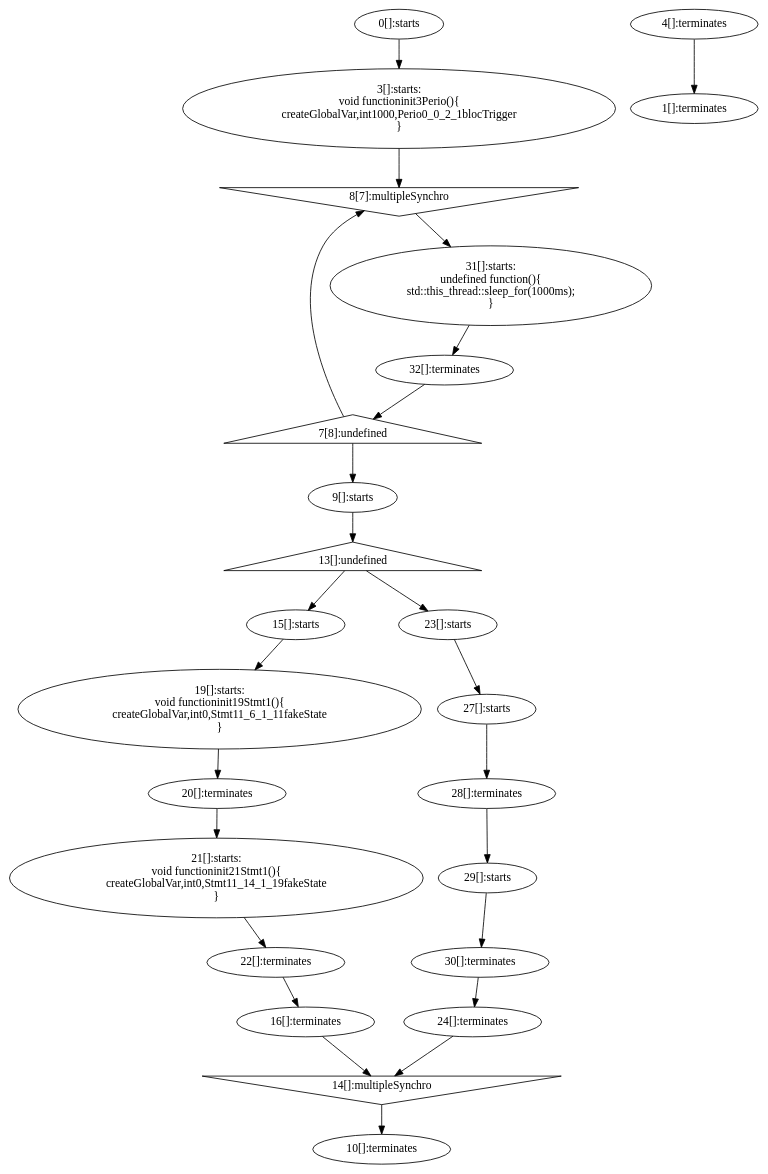
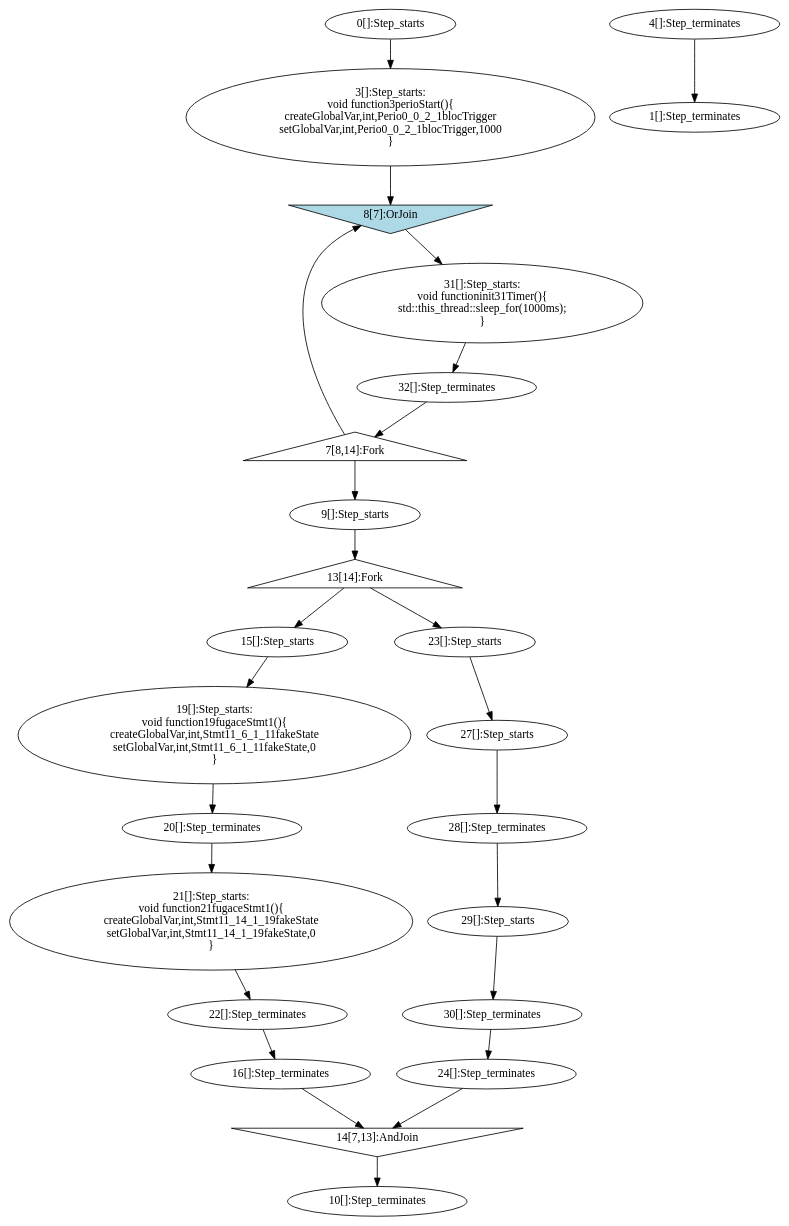
One commit to jdeantoni/TCOS.lang changed the diagram in examples/programs/generated/test1.dot. Above: the diagram before and after it, drawn with Graphviz. The commit also changed 19 other files, not shown here.

```diff
--- a/examples/programs/generated/test1.dot
+++ b/examples/programs/generated/test1.dot
@@ -1,62 +1,65 @@
 digraph G {
-  "0" [label="0[]:starts" shape="ellipse" ];
-  "1" [label="1[]:terminates" shape="ellipse" ];
-  "3" [label="3[]:starts:
-void functioninit3Perio(){
-createGlobalVar,int1000,Perio0_0_2_1blocTrigger
+  "0" [label="0[]:Step_starts" shape="ellipse" ];
+  "1" [label="1[]:Step_terminates" shape="ellipse" ];
+  "3" [label="3[]:Step_starts:
+void function3perioStart(){
+createGlobalVar,int,Perio0_0_2_1blocTrigger
+setGlobalVar,int,Perio0_0_2_1blocTrigger,1000
 }" shape="ellipse" ];
-  "4" [label="4[]:terminates" shape="ellipse" ];
-  "7" [label="7[8]:undefined" shape="triangle" ];
-  "8" [label="8[7]:multipleSynchro" shape="invtriangle" ];
-  "31" [label="31[]:starts:
-undefined function(){
+  "4" [label="4[]:Step_terminates" shape="ellipse" ];
+  "7" [label="7[8,14]:Fork" shape="triangle" ];
+  "8" [label="8[7]:OrJoin" shape="invtriangle" style="filled" fillcolor="lightblue"];
+  "31" [label="31[]:Step_starts:
+void functioninit31Timer(){
 std::this_thread::sleep_for(1000ms);
 }" shape="ellipse" ];
-  "32" [label="32[]:terminates" shape="ellipse" ];
-  "9" [label="9[]:starts" shape="ellipse" ];
-  "10" [label="10[]:terminates" shape="ellipse" ];
-  "13" [label="13[]:undefined" shape="triangle" ];
-  "14" [label="14[]:multipleSynchro" shape="invtriangle" ];
-  "15" [label="15[]:starts" shape="ellipse" ];
-  "16" [label="16[]:terminates" shape="ellipse" ];
-  "23" [label="23[]:starts" shape="ellipse" ];
-  "24" [label="24[]:terminates" shape="ellipse" ];
-  "19" [label="19[]:starts:
-void functioninit19Stmt1(){
-createGlobalVar,int0,Stmt11_6_1_11fakeState
+  "32" [label="32[]:Step_terminates" shape="ellipse" ];
+  "9" [label="9[]:Step_starts" shape="ellipse" ];
+  "10" [label="10[]:Step_terminates" shape="ellipse" ];
+  "13" [label="13[14]:Fork" shape="triangle" ];
+  "14" [label="14[7,13]:AndJoin" shape="invtriangle" ];
+  "15" [label="15[]:Step_starts" shape="ellipse" ];
+  "16" [label="16[]:Step_terminates" shape="ellipse" ];
+  "23" [label="23[]:Step_starts" shape="ellipse" ];
+  "24" [label="24[]:Step_terminates" shape="ellipse" ];
+  "19" [label="19[]:Step_starts:
+void function19fugaceStmt1(){
+createGlobalVar,int,Stmt11_6_1_11fakeState
+setGlobalVar,int,Stmt11_6_1_11fakeState,0
 }" shape="ellipse" ];
-  "20" [label="20[]:terminates" shape="ellipse" ];
-  "21" [label="21[]:starts:
-void functioninit21Stmt1(){
-createGlobalVar,int0,Stmt11_14_1_19fakeState
+  "20" [label="20[]:Step_terminates" shape="ellipse" ];
+  "21" [label="21[]:Step_starts:
+void function21fugaceStmt1(){
+createGlobalVar,int,Stmt11_14_1_19fakeState
+setGlobalVar,int,Stmt11_14_1_19fakeState,0
 }" shape="ellipse" ];
-  "22" [label="22[]:terminates" shape="ellipse" ];
-  "27" [label="27[]:starts" shape="ellipse" ];
-  "28" [label="28[]:terminates" shape="ellipse" ];
-  "29" [label="29[]:starts" shape="ellipse" ];
-  "30" [label="30[]:terminates" shape="ellipse" ];
+  "22" [label="22[]:Step_terminates" shape="ellipse" ];
+  "27" [label="27[]:Step_starts" shape="ellipse" ];
+  "28" [label="28[]:Step_terminates" shape="ellipse" ];
+  "29" [label="29[]:Step_starts" shape="ellipse" ];
+  "30" [label="30[]:Step_terminates" shape="ellipse" ];
   "0" -> "3" [label=""];
   "4" -> "1" [label=""];
   "3" -> "8" [label=""];
   "32" -> "7" [label=""];
+  "7" -> "9" [label=""];
   "7" -> "8" [label=""];
   "8" -> "31" [label=""];
-  "7" -> "9" [label=""];
   "31" -> "32" [label=""];
   "9" -> "13" [label=""];
   "13" -> "15" [label=""];
   "13" -> "23" [label=""];
   "16" -> "14" [label=""];
   "24" -> "14" [label=""];
   "14" -> "10" [label=""];
   "15" -> "19" [label=""];
   "20" -> "21" [label=""];
   "22" -> "16" [label=""];
   "23" -> "27" [label=""];
   "28" -> "29" [label=""];
   "30" -> "24" [label=""];
   "19" -> "20" [label=""];
   "21" -> "22" [label=""];
   "27" -> "28" [label=""];
   "29" -> "30" [label=""];
 }
```
